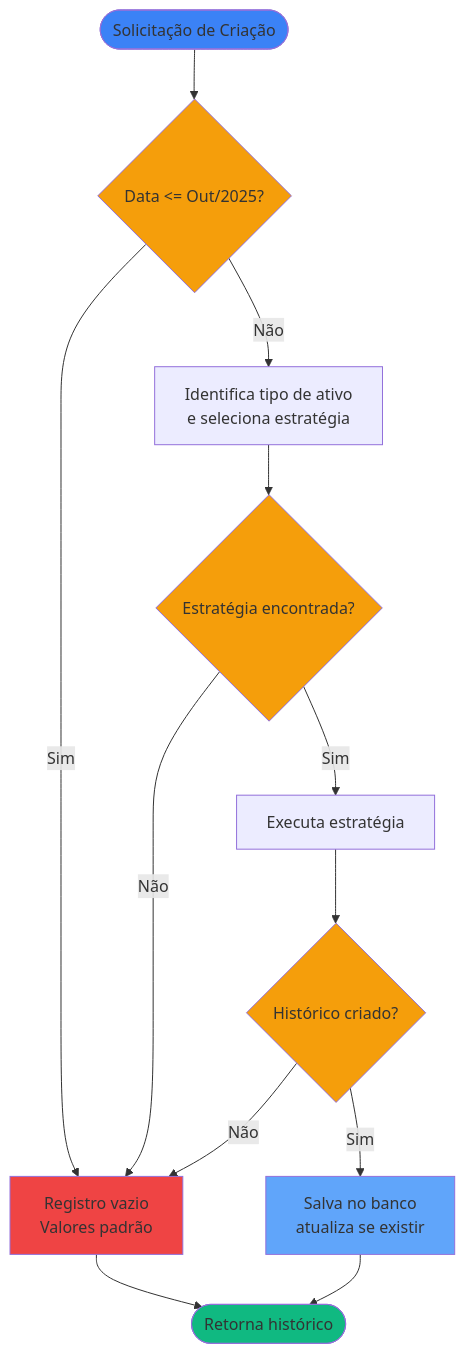
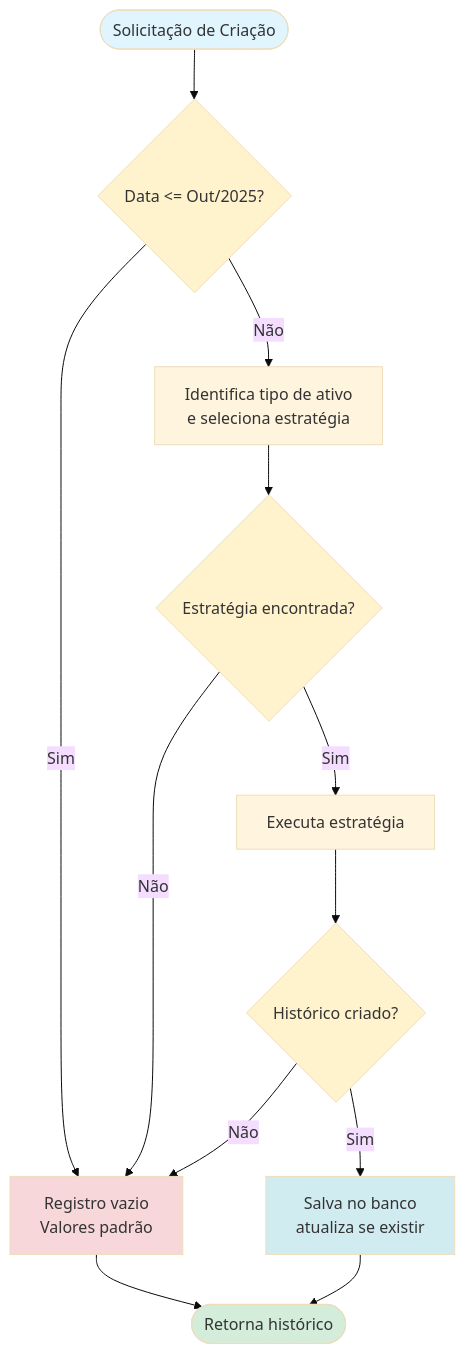
The first of 3 diagrams in docs/RN - Criar novo registro de histórico.md (enirsilvaferraz/Investments-KMP), drawn with Mermaid before and after one commit. The commit also changed other lines of this file, not shown here.

First line of the commit message:
docs: Update mermaid diagram styles in documentation

````diff
--- a/docs/RN - Criar novo registro de histórico.md
+++ b/docs/RN - Criar novo registro de histórico.md
@@ -26,25 +26,26 @@
 ```mermaid
+%%{init: {'theme':'base', 'themeVariables': {'primaryBgColor':'#ffffff'}}}%%
 flowchart TD
     Start([Solicitação de Criação]) --> CheckDate{Data <= Out/2025?}
     CheckDate -->|Sim| Empty[Registro vazio<br/>Valores padrão]
     CheckDate -->|Não| SelectStrategy[Identifica tipo de ativo<br/>e seleciona estratégia]
     
     SelectStrategy --> HasStrategy{Estratégia encontrada?}
     HasStrategy -->|Não| Empty
     HasStrategy -->|Sim| Execute[Executa estratégia]
     
     Execute --> Success{Histórico criado?}
     Success -->|Não| Empty
     Success -->|Sim| Save[Salva no banco<br/>atualiza se existir]
     
     Save --> End([Retorna histórico])
     Empty --> End
     
-    style Start fill:#3b82f6
-    style End fill:#10b981
-    style CheckDate fill:#f59e0b
-    style HasStrategy fill:#f59e0b
-    style Success fill:#f59e0b
-    style Empty fill:#ef4444
-    style Save fill:#60a5fa
+    style Start fill:#e1f5ff
+    style End fill:#d4edda
+    style CheckDate fill:#fff3cd
+    style HasStrategy fill:#fff3cd
+    style Success fill:#fff3cd
+    style Empty fill:#f8d7da
+    style Save fill:#d1ecf1
 ```
````
